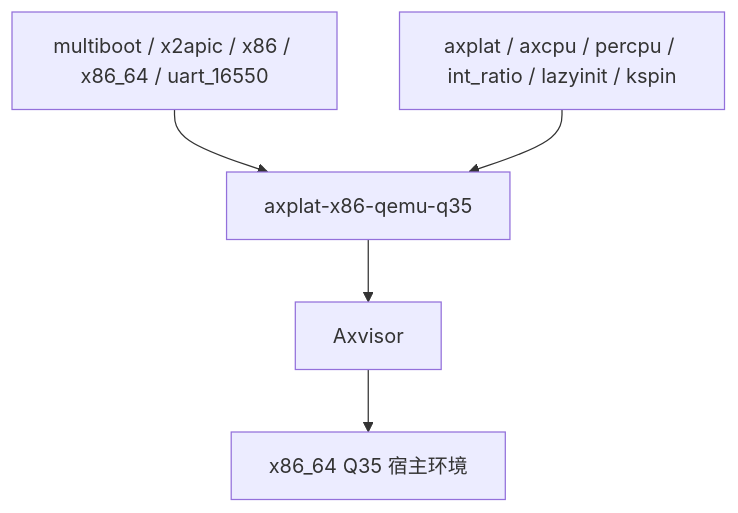
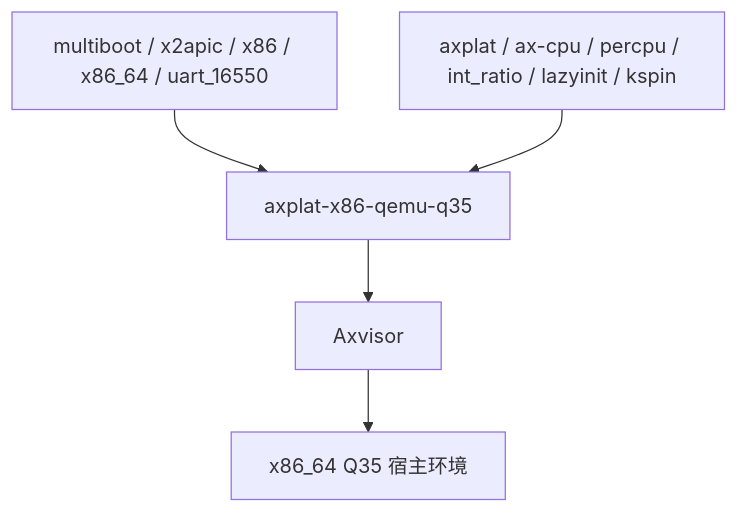
One commit to zKurisu/tgoskits changed the second of 2 diagrams in docs/crates/axplat-x86-qemu-q35.md. Above: the diagram before and after it, drawn with Mermaid. The commit also changed other lines of this file and 106 other files, not shown here.

Commit message:
rename axcpu to ax-cpu

````diff
--- a/docs/crates/axplat-x86-qemu-q35.md
+++ b/docs/crates/axplat-x86-qemu-q35.md
@@ -177,7 +177,7 @@
 ```mermaid
 graph TD
     A[multiboot / x2apic / x86 / x86_64 / uart_16550] --> B[axplat-x86-qemu-q35]
-    C[axplat / axcpu / percpu / int_ratio / lazyinit / kspin] --> B
+    C[axplat / ax-cpu / percpu / int_ratio / lazyinit / kspin] --> B
     B --> D[Axvisor]
     D --> E[x86_64 Q35 宿主环境]
 ```
````
